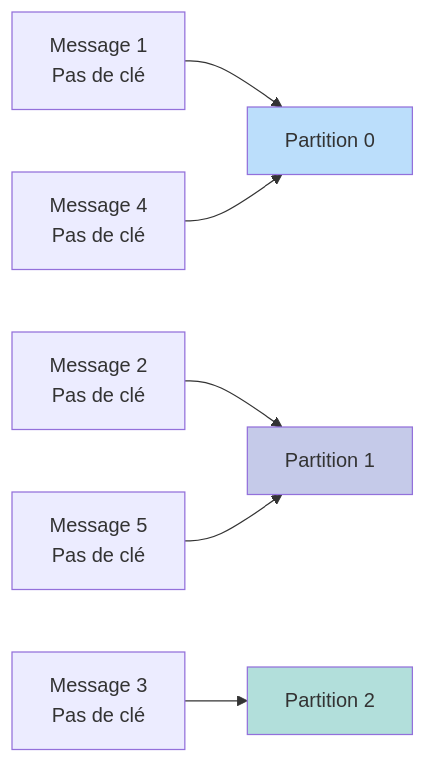
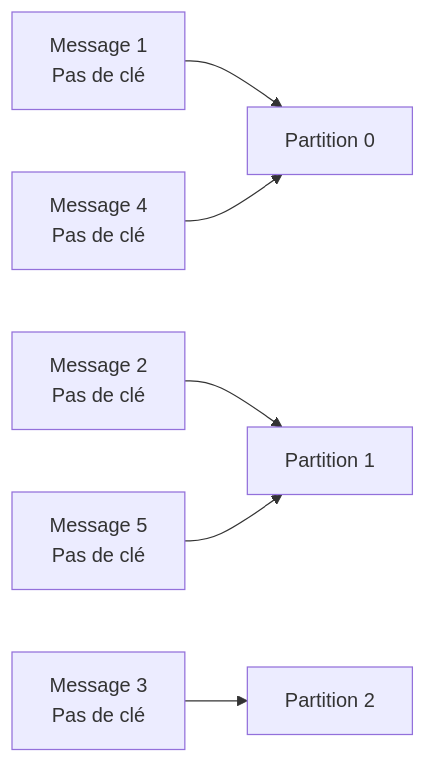
One commit to mombe090/techdocs changed diagram 13 of 26 in docs/tutorials/kafka-getting-started.fr.md. Above: the diagram before and after it, drawn with Mermaid. The commit also changed other lines of this file and 11 other files, not shown here.

First line of the commit message:
style: remove hardcoded Mermaid diagram colors for dark mode compatibility

````diff
--- a/docs/tutorials/kafka-getting-started.fr.md
+++ b/docs/tutorials/kafka-getting-started.fr.md
@@ -396,12 +361,9 @@
 ```mermaid
 graph LR
     M1[Message 1<br/>Pas de clé] --> P0[Partition 0]
     M2[Message 2<br/>Pas de clé] --> P1[Partition 1]
     M3[Message 3<br/>Pas de clé] --> P2[Partition 2]
     M4[Message 4<br/>Pas de clé] --> P0[Partition 0]
     M5[Message 5<br/>Pas de clé] --> P1[Partition 1]
 
-    style P0 fill:#bbdefb
-    style P1 fill:#c5cae9
-    style P2 fill:#b2dfdb
 ```
````
